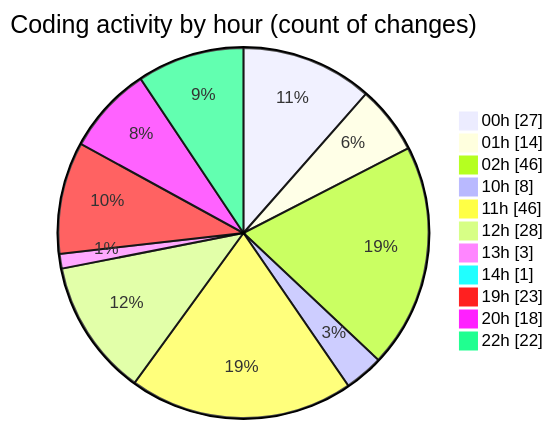
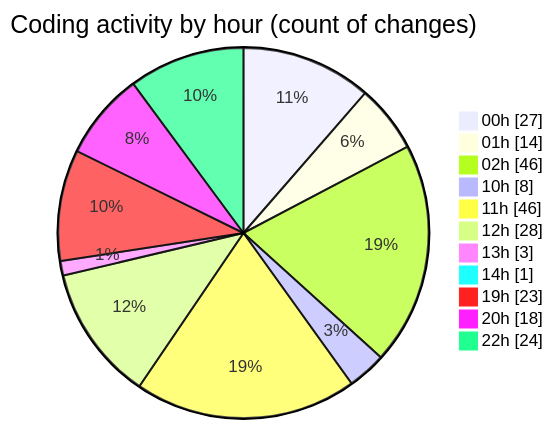
One commit to lephambinh05/code-tracking changed the second of 2 diagrams in 2025-07-17/nhahang/README.md. Above: the diagram before and after it, drawn with Mermaid. The commit also changed other lines of this file and 1 other file, not shown here.

````diff
--- a/2025-07-17/nhahang/README.md
+++ b/2025-07-17/nhahang/README.md
@@ -101,15 +101,15 @@
 ```mermaid
 pie showData
 title Coding activity by hour (count of changes)
 "00h" : 27
 "01h" : 14
 "02h" : 46
 "10h" : 8
 "11h" : 46
 "12h" : 28
 "13h" : 3
 "14h" : 1
 "19h" : 23
 "20h" : 18
-"22h" : 22
+"22h" : 24
 ```
````
